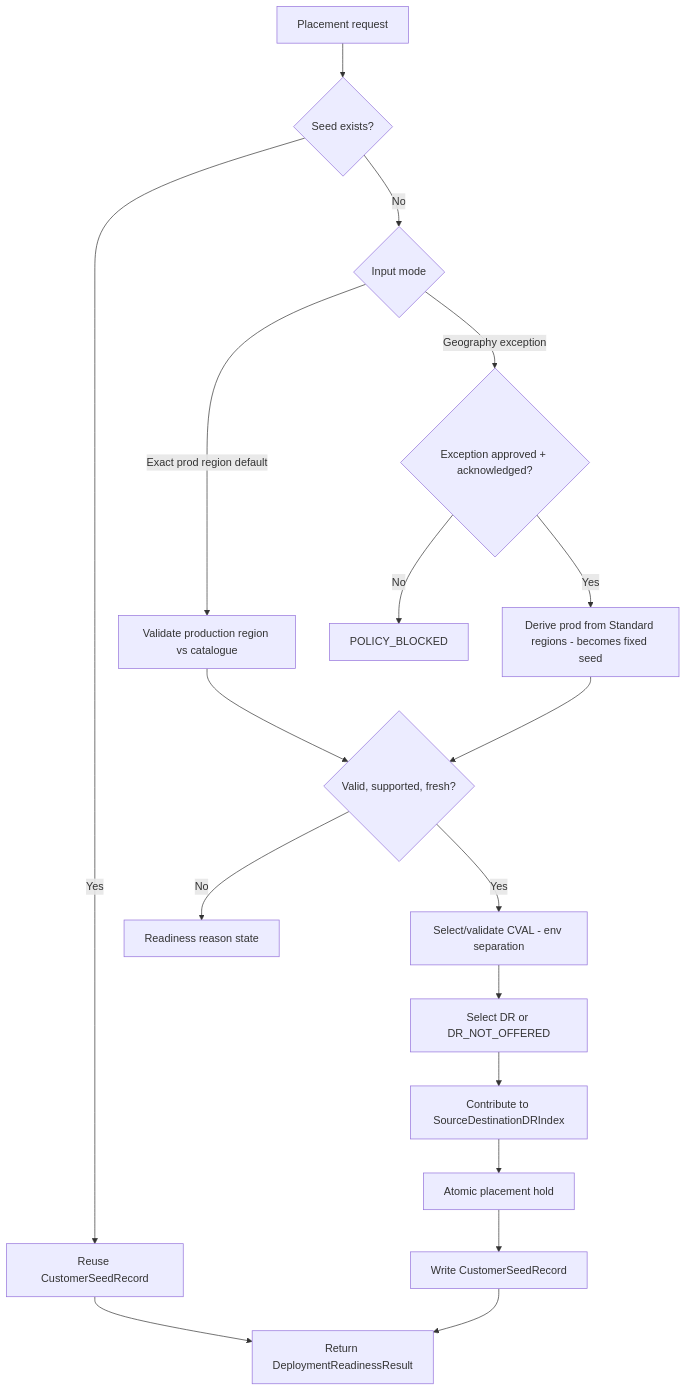
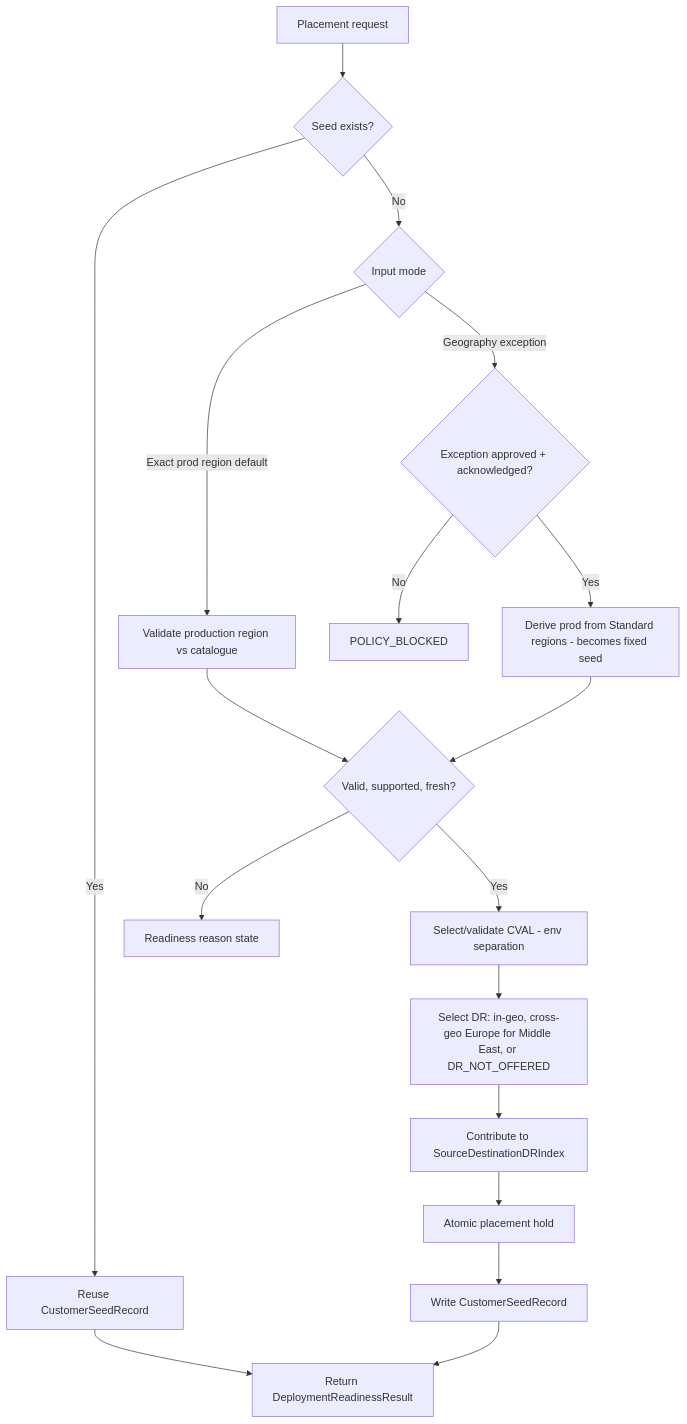
The fifth of 7 diagrams in Design/acrme_functional_design_document.md (vishnu4573/acrme-capacity-reservation), drawn with Mermaid before and after one commit. The commit also changed other lines of this file and 50 other files, not shown here.

First line of the commit message:
docs: Middle East cross-geo DR to Europe (v2.4 amended)

````diff
--- a/Design/acrme_functional_design_document.md
+++ b/Design/acrme_functional_design_document.md
@@ -213,20 +214,20 @@
 ```mermaid
 flowchart TD
     Start[Placement request] --> Seed{Seed exists?}
     Seed -- Yes --> Reuse[Reuse CustomerSeedRecord]
     Seed -- No --> Mode{Input mode}
     Mode -- Exact prod region default --> ValP[Validate production region vs catalogue]
     Mode -- Geography exception --> Appr{Exception approved + acknowledged?}
     Appr -- No --> PB[POLICY_BLOCKED]
     Appr -- Yes --> DerP[Derive prod from Standard regions - becomes fixed seed]
     ValP --> Ok{Valid, supported, fresh?}
     DerP --> Ok
     Ok -- No --> Reason[Readiness reason state]
     Ok -- Yes --> CVAL[Select/validate CVAL - env separation]
-    CVAL --> DR[Select DR or DR_NOT_OFFERED]
+    CVAL --> DR[Select DR: in-geo, cross-geo Europe for Middle East, or DR_NOT_OFFERED]
     DR --> Idx[Contribute to SourceDestinationDRIndex]
     Idx --> Hold[Atomic placement hold]
     Hold --> Write[Write CustomerSeedRecord]
     Reuse --> Out[Return DeploymentReadinessResult]
     Write --> Out
 ```
````
